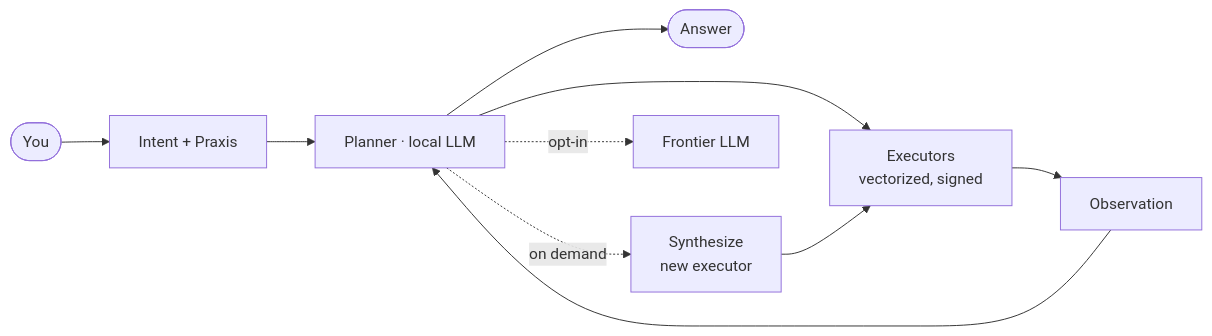
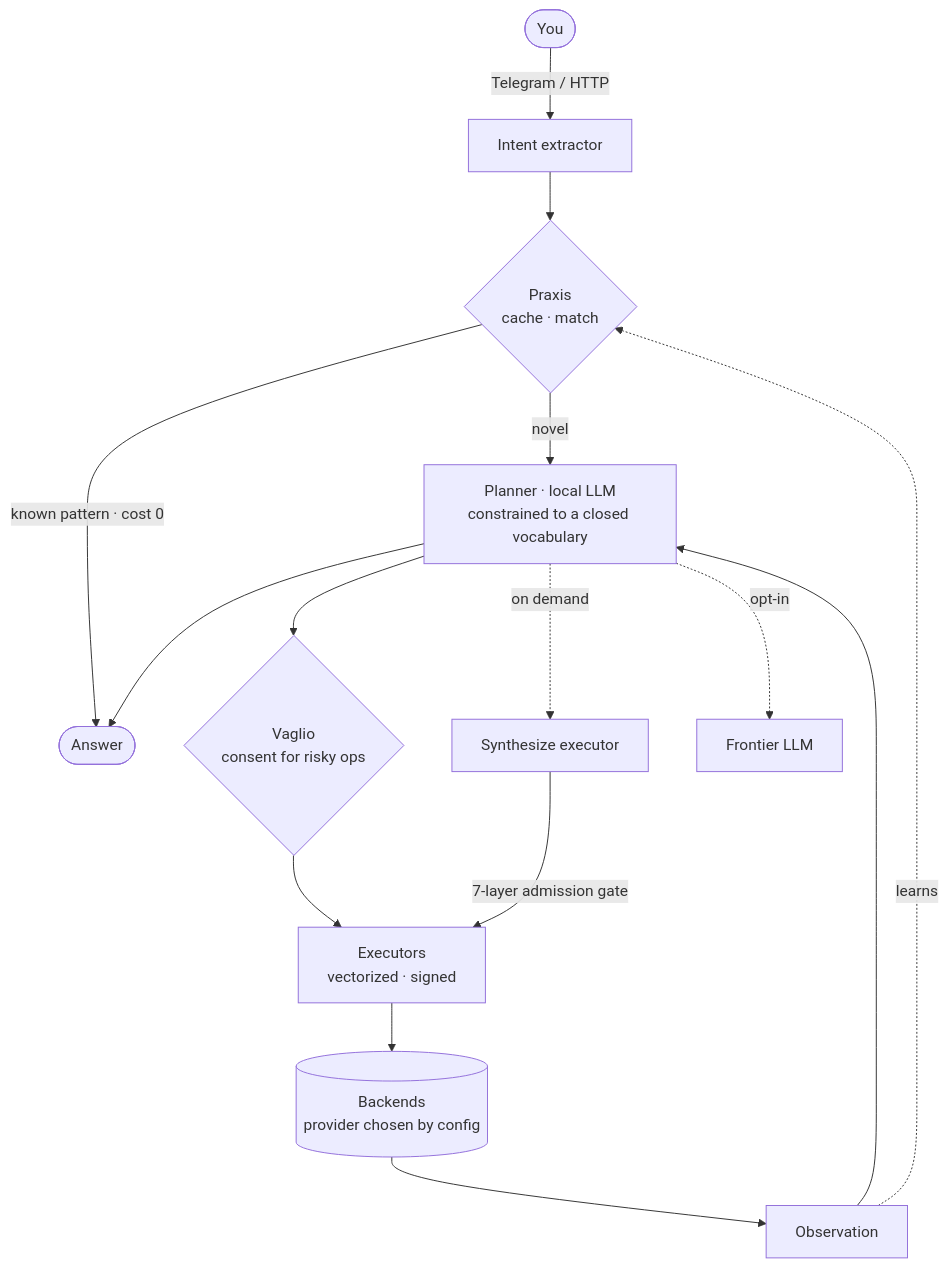
Before and after one commit to brunialti/metnos: the diagram in README.md, drawn with Mermaid. The commit also changed 1 other file, not shown here.

Commit message:
docs(readme): diagramma più aderente + scripts/publish-public.sh (sync a regime)
- README mermaid: aggiunti i pezzi distintivi reali — canale Telegram/HTTP,
  short-circuit Praxis (risposta a costo 0 senza planner), vincolo vocabolario
  sul planner, vaglio (consenso), backend (provider=config), gate 7-livelli
  sulla sintesi, loop di apprendimento Observation→Praxis.
- scripts/publish-public.sh: sync "a regime" /opt/metnos → brunialti/metnos in un
  comando — rigenera export, CANCELLO DURO anti-PII/secret (aborta se trova
  qualcosa, incl. il PAT stesso), push (snapshot single-commit default | storia
  con --incremental). Token dal credential-store, mai in argv. Testato --check.

````diff
--- a/README.md
+++ b/README.md
@@ -38,12 +38,17 @@
 ```mermaid
-flowchart LR
-    U([You]) --> R[Intent + Praxis]
-    R --> P[Planner · local LLM]
-    P --> E[Executors<br/>vectorized, signed]
-    E --> O[Observation]
+flowchart TD
+    U([You]) -->|Telegram / HTTP| I[Intent extractor]
+    I --> PX{Praxis<br/>cache · match}
+    PX -->|known pattern · cost 0| A([Answer])
+    PX -->|novel| P[Planner · local LLM<br/>constrained to a closed vocabulary]
+    P --> V{Vaglio<br/>consent for risky ops}
+    V --> E[Executors<br/>vectorized · signed]
+    E --> B[(Backends<br/>provider chosen by config)]
+    B --> O[Observation]
     O --> P
-    P --> A([Answer])
-    P -. on demand .-> S[Synthesize<br/>new executor]
-    S --> E
+    O -. learns .-> PX
+    P --> A
+    P -. on demand .-> S[Synthesize executor]
+    S -->|7-layer admission gate| E
     P -. opt-in .-> F[Frontier LLM]
 ```
````
